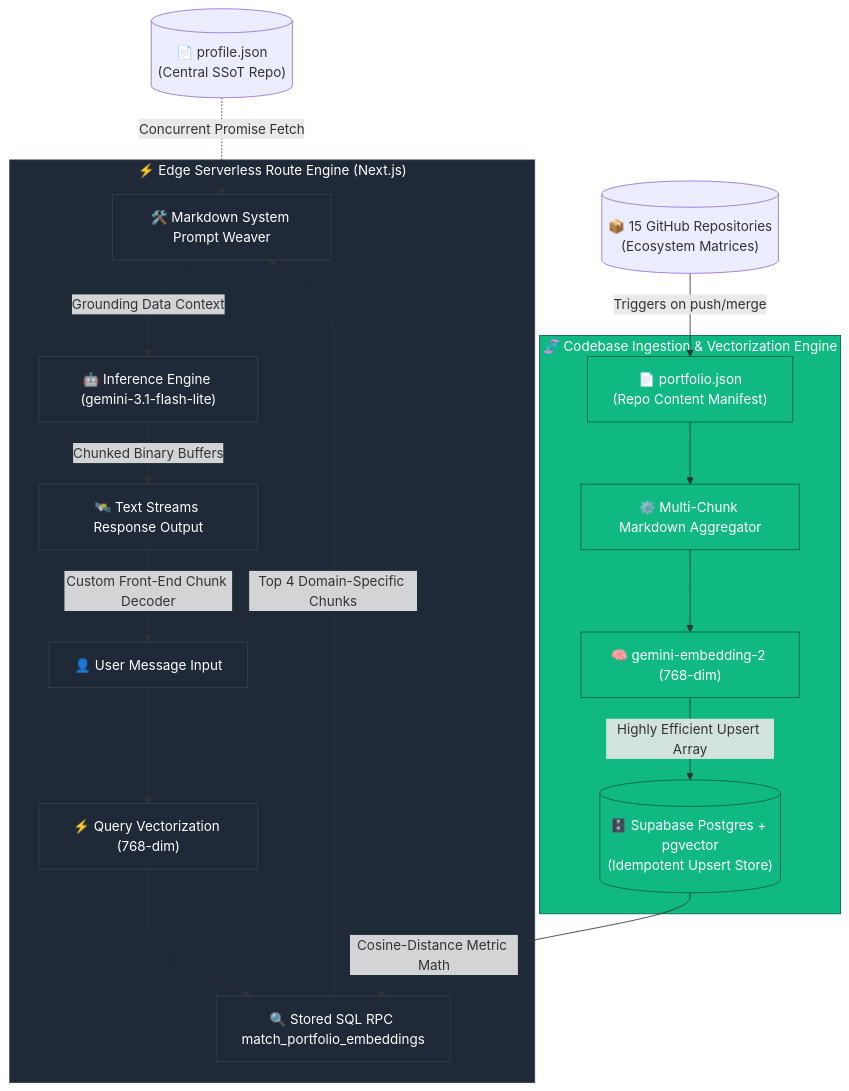
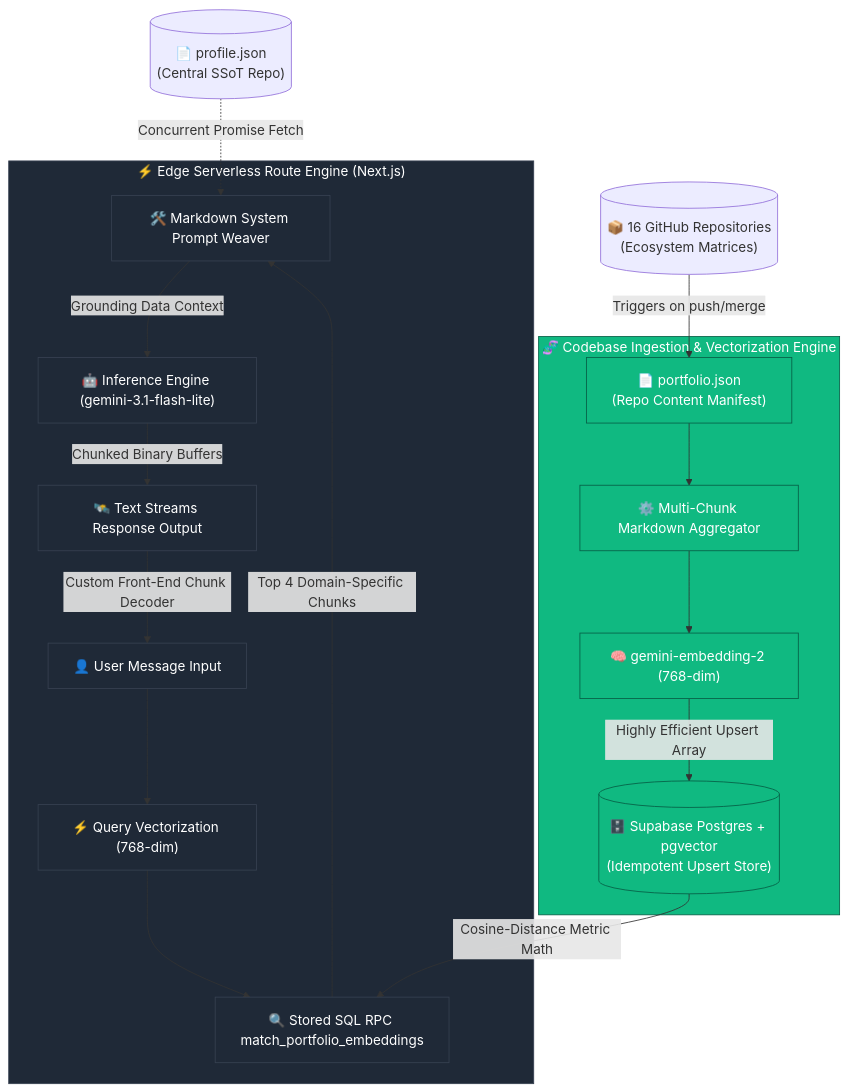
One commit to HoodieYlya13/ylya-bot changed the diagram in README.md. Above: the diagram before and after it, drawn with Mermaid.

Commit message:
chore: auto-update README.md repo count [skip ci]

````diff
--- a/README.md
+++ b/README.md
@@ -25,47 +25,47 @@
 ```mermaid
 flowchart TD
     %% Core Inputs
     ProfileJSON[("📄 profile.json<br>(Central SSoT Repo)")]
-    Repos[("📦 15 GitHub Repositories<br>(Ecosystem Matrices)")]
+    Repos[("📦 16 GitHub Repositories<br>(Ecosystem Matrices)")]
 
     %% Ingestion Pipeline
     subgraph IngestionPipeline ["🧬 Codebase Ingestion & Vectorization Engine"]
         PortJSON["📄 portfolio.json<br>(Repo Content Manifest)"]
         Parser["⚙️ Multi-Chunk Markdown Aggregator"]
         Embedder["🧠 gemini-embedding-2 (768-dim)"]
         VectorDB[("🗄️ Supabase Postgres + pgvector<br>(Idempotent Upsert Store)")]
     end
 
     %% Runtime Query Flow
     subgraph Runtime ["⚡ Edge Serverless Route Engine (Next.js)"]
         UserQuery["👤 User Message Input"]
         QueryEmbed["⚡ Query Vectorization (768-dim)"]
         SemanticSearch["🔍 Stored SQL RPC match_portfolio_embeddings"]
         SysPrompt["🛠️ Markdown System Prompt Weaver"]
         LLM["🤖 Inference Engine (gemini-3.1-flash-lite)"]
         StreamResponse["🛰️ Text Streams Response Output"]
     end
 
     %% Flow Connections
     ProfileJSON -.->|Concurrent Promise Fetch| SysPrompt
     Repos -->|Triggers on push/merge| PortJSON
     PortJSON --> Parser
     Parser --> Embedder
     Embedder -->|Highly Efficient Upsert Array| VectorDB
 
     UserQuery --> QueryEmbed
     QueryEmbed --> SemanticSearch
     VectorDB -->|Cosine-Distance Metric Math| SemanticSearch
     SemanticSearch -->|Top 4 Domain-Specific Chunks| SysPrompt
     SysPrompt -->|Grounding Data Context| LLM
     LLM -->|Chunked Binary Buffers| StreamResponse
     StreamResponse -->|Custom Front-End Chunk Decoder| UserQuery
 
     %% Styling
     classDef main fill:#6366f1,stroke:#312e81,stroke-width:2px,color:#fff;
     classDef runtime fill:#1f2937,stroke:#374151,stroke-width:1px,color:#fff;
     classDef ingest fill:#10b981,stroke:#065f46,stroke-width:1px,color:#fff;
     class SSoT main;
     class IngestionPipeline,PortJSON,Parser,Embedder,VectorDB ingest;
     class Runtime,UserQuery,QueryEmbed,SemanticSearch,SysPrompt,LLM,StreamResponse runtime;
 ```
````
